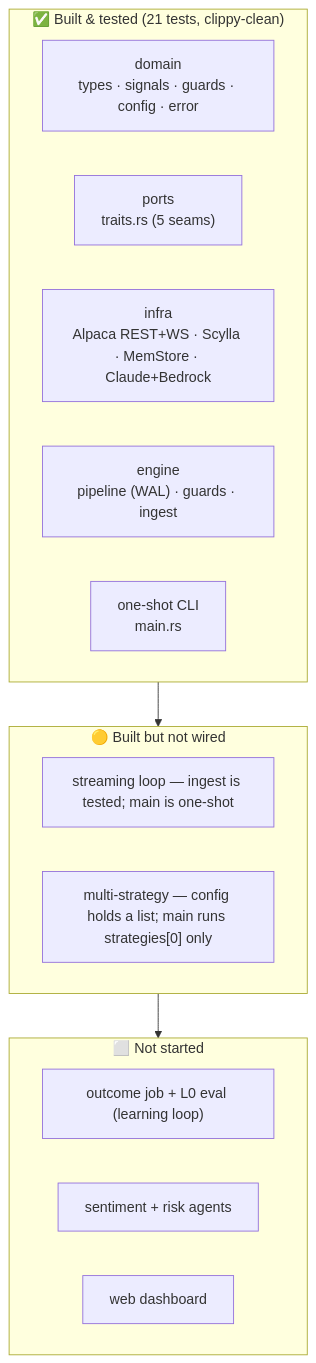
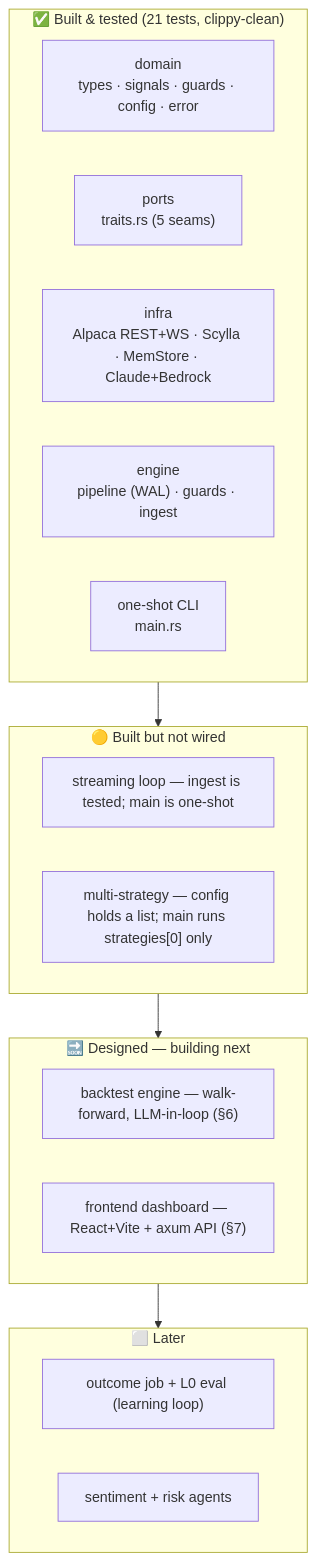
Before and after one commit to deSigntheClutch/alpaca-trading-system-rust: the first of 5 diagrams in DESIGN.md, drawn with Mermaid. The commit also changed other lines of this file, not shown here.

First line of the commit message:
docs(design): specify backtest (§6) + decision-visualizing frontend (§7)

````diff
--- a/DESIGN.md
+++ b/DESIGN.md
@@ -14,21 +14,24 @@
 ```mermaid
 flowchart TB
   subgraph DONE["✅ Built & tested (21 tests, clippy-clean)"]
     direction LR
     A["domain<br/>types · signals · guards · config · error"]
     B["ports<br/>traits.rs (5 seams)"]
     C["infra<br/>Alpaca REST+WS · Scylla · MemStore · Claude+Bedrock"]
     D["engine<br/>pipeline (WAL) · guards · ingest"]
     E["one-shot CLI<br/>main.rs"]
   end
   subgraph PARTIAL["🟡 Built but not wired"]
     F["streaming loop — ingest is tested; main is one-shot"]
     G["multi-strategy — config holds a list; main runs strategies[0] only"]
   end
-  subgraph TODO["⬜ Not started"]
+  subgraph NEXT["🔜 Designed — building next"]
+    K["backtest engine — walk-forward, LLM-in-loop (§6)"]
+    L["frontend dashboard — React+Vite + axum API (§7)"]
+  end
+  subgraph TODO["⬜ Later"]
     H["outcome job + L0 eval (learning loop)"]
     I["sentiment + risk agents"]
-    J["web dashboard"]
   end
-  DONE --> PARTIAL --> TODO
+  DONE --> PARTIAL --> NEXT --> TODO
 ```
````
